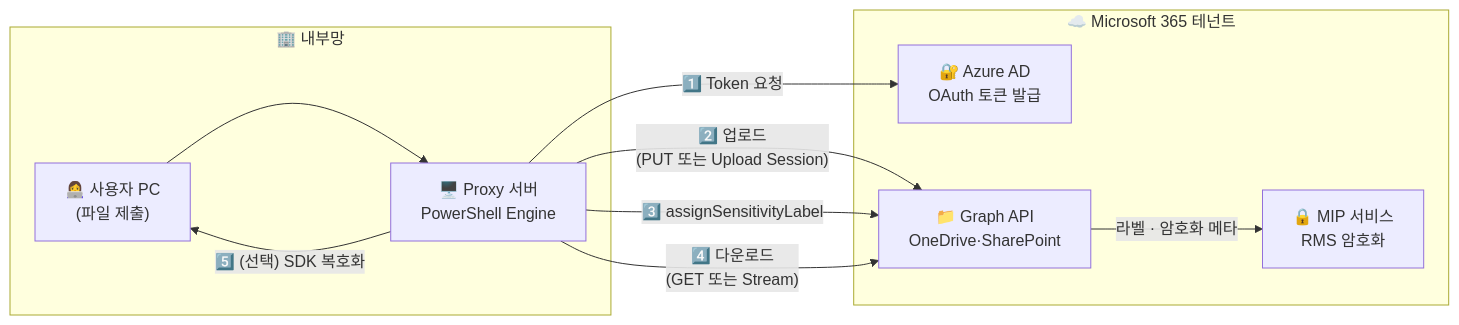
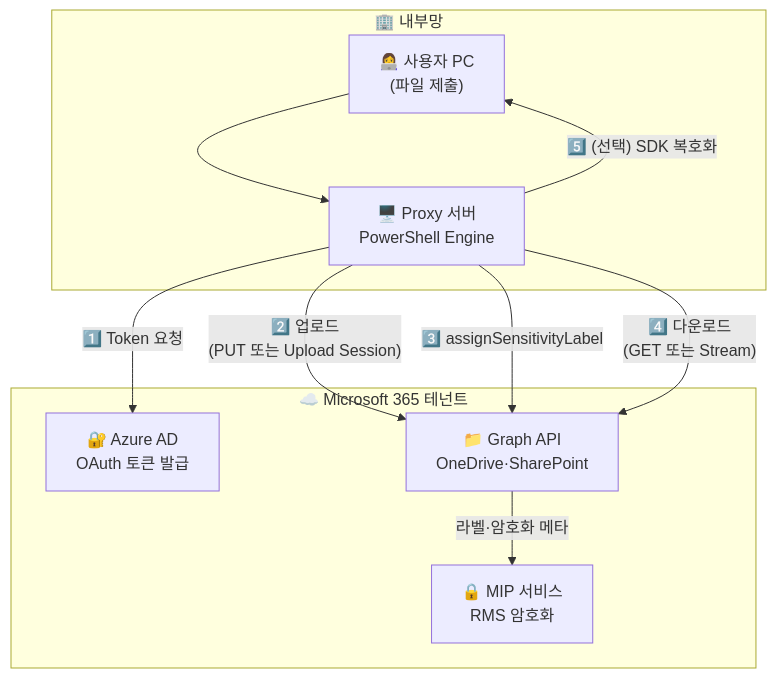
The diagram in README.md (tanminkwan/um), drawn with Mermaid before and after one commit.

````diff
--- a/README.md
+++ b/README.md
@@ -38,22 +38,22 @@
 ```mermaid
-flowchart LR
+flowchart TB
     subgraph LAN["🏢 내부망"]
         PC["👩‍💻 사용자 PC<br/>(파일 제출)"]
         PROXY["🖥️ Proxy 서버<br/>PowerShell Engine"]
     end
 
     subgraph Cloud["☁️ Microsoft 365 테넌트"]
         AAD["🔐 Azure AD<br/>OAuth 토큰 발급"]
         DRIVE["📁 Graph API<br/>OneDrive·SharePoint"]
         MIP["🔒 MIP 서비스<br/>RMS 암호화"]
     end
 
-    %% 흐름
+    %% 흐름 (위→아래 방향)
     PC --> PROXY
     PROXY -- "1️⃣ Token 요청" --> AAD
     PROXY -- "2️⃣ 업로드<br/>(PUT 또는 Upload Session)" --> DRIVE
     PROXY -- "3️⃣ assignSensitivityLabel" --> DRIVE
-    DRIVE -- "라벨 · 암호화 메타" --> MIP
+    DRIVE -- "라벨·암호화 메타" --> MIP
     PROXY -- "4️⃣ 다운로드<br/>(GET 또는 Stream)" --> DRIVE
     PROXY -- "5️⃣ (선택) SDK 복호화" --> PC
 ```
````
